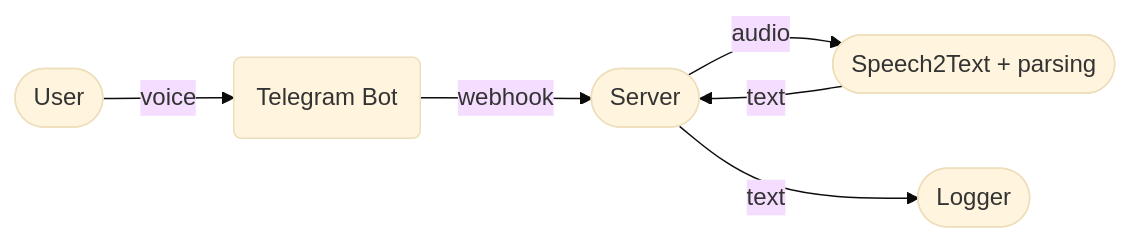
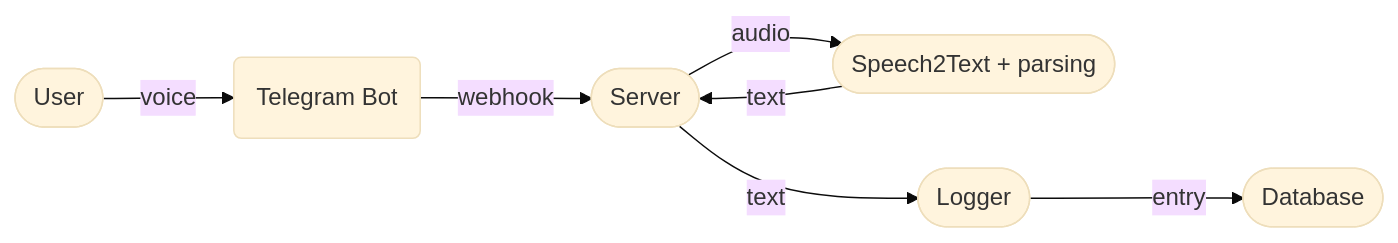
Before and after one commit to PyCampES/logger-bot: the diagram in README.md, drawn with Mermaid (base theme). The commit also changed other lines of this file, not shown here.

````diff
--- a/README.md
+++ b/README.md
@@ -6,14 +6,16 @@
 ```mermaid
 flowchart LR
     user([User])
     telegram(Telegram Bot)
     server([Server])
     extractor([Speech2Text + parsing])
     logger([Logger])
+    db([Database])
 
     user -- voice --> telegram
     telegram -- webhook --> server
     server -- audio --> extractor
     extractor -- text --> server
     server -- text --> logger
+    logger --entry--> db
 ```
````
